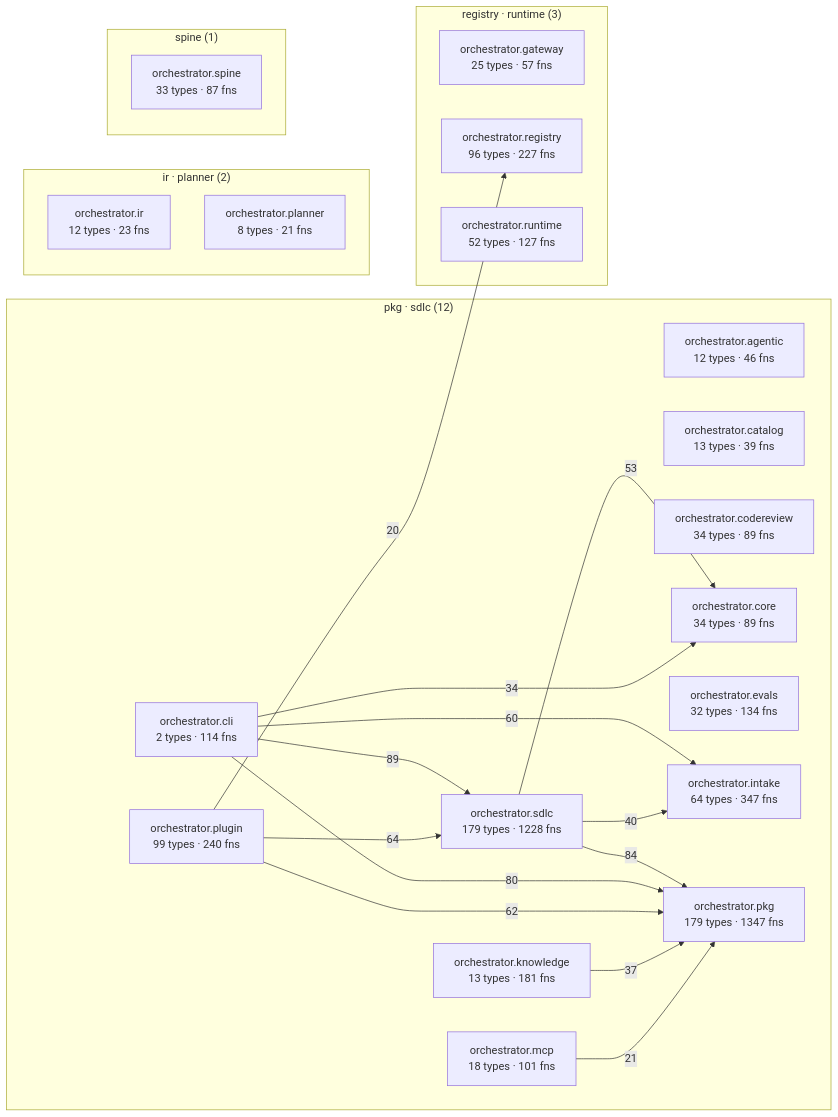
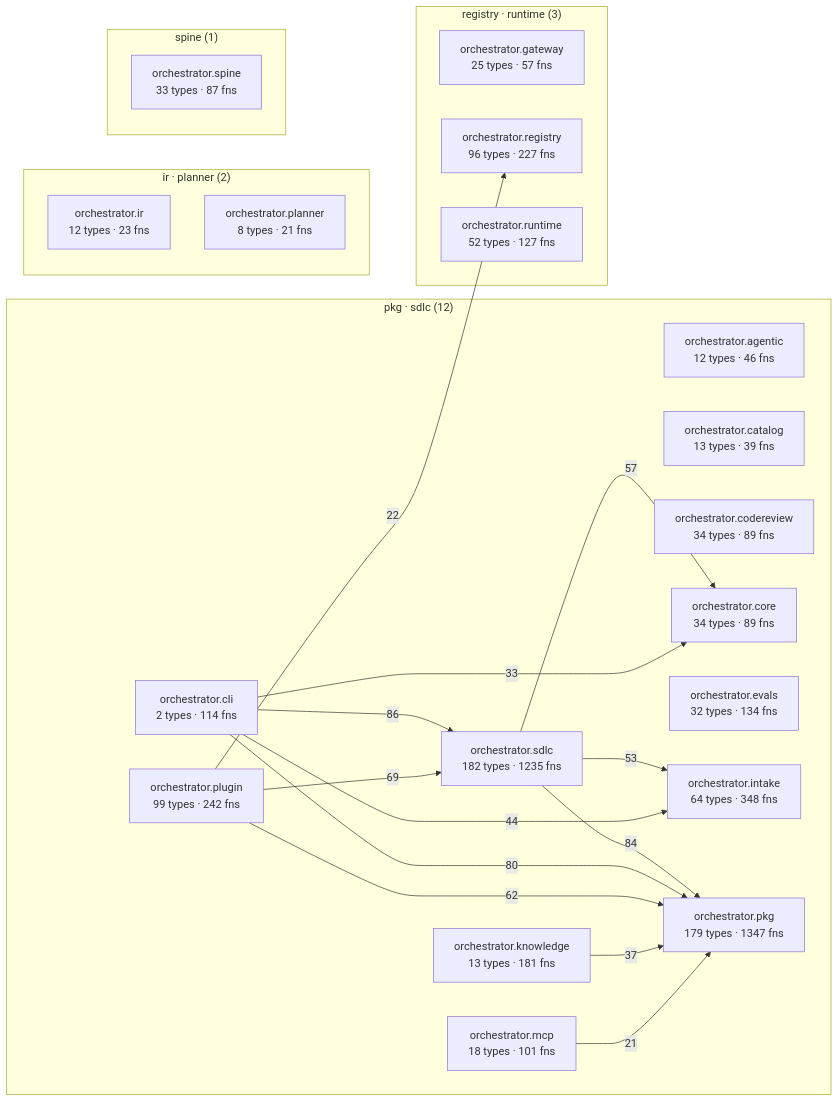
One commit to synaptixs/spine changed the diagram in episteme/architecture.md. Above: the diagram before and after it, drawn with Mermaid. The commit also changed other lines of this file and 24 other files, not shown here.

````diff
--- a/episteme/architecture.md
+++ b/episteme/architecture.md
@@ -56,41 +56,41 @@
 ```mermaid
 flowchart LR
   subgraph c_2["pkg · sdlc (12)"]
     aorchestratoragentic["orchestrator.agentic<br/>12 types · 46 fns"]
     aorchestratorcatalog["orchestrator.catalog<br/>13 types · 39 fns"]
     aorchestratorcli["orchestrator.cli<br/>2 types · 114 fns"]
     aorchestratorcodereview["orchestrator.codereview<br/>34 types · 89 fns"]
     aorchestratorcore["orchestrator.core<br/>34 types · 89 fns"]
     aorchestratorevals["orchestrator.evals<br/>32 types · 134 fns"]
-    aorchestratorintake["orchestrator.intake<br/>64 types · 347 fns"]
+    aorchestratorintake["orchestrator.intake<br/>64 types · 348 fns"]
     aorchestratorknowledge["orchestrator.knowledge<br/>13 types · 181 fns"]
     aorchestratormcp["orchestrator.mcp<br/>18 types · 101 fns"]
     aorchestratorpkg["orchestrator.pkg<br/>179 types · 1347 fns"]
-    aorchestratorplugin["orchestrator.plugin<br/>99 types · 240 fns"]
-    aorchestratorsdlc["orchestrator.sdlc<br/>179 types · 1228 fns"]
+    aorchestratorplugin["orchestrator.plugin<br/>99 types · 242 fns"]
+    aorchestratorsdlc["orchestrator.sdlc<br/>182 types · 1235 fns"]
   end
   subgraph c_5["registry · runtime (3)"]
     aorchestratorgateway["orchestrator.gateway<br/>25 types · 57 fns"]
     aorchestratorregistry["orchestrator.registry<br/>96 types · 227 fns"]
     aorchestratorruntime["orchestrator.runtime<br/>52 types · 127 fns"]
   end
   subgraph c_7["ir · planner (2)"]
     aorchestratorir["orchestrator.ir<br/>12 types · 23 fns"]
     aorchestratorplanner["orchestrator.planner<br/>8 types · 21 fns"]
   end
   subgraph c_12["spine (1)"]
     aorchestratorspine["orchestrator.spine<br/>33 types · 87 fns"]
   end
-  aorchestratorcli -->|89| aorchestratorsdlc
+  aorchestratorcli -->|86| aorchestratorsdlc
   aorchestratorsdlc -->|84| aorchestratorpkg
   aorchestratorcli -->|80| aorchestratorpkg
-  aorchestratorplugin -->|64| aorchestratorsdlc
+  aorchestratorplugin -->|69| aorchestratorsdlc
   aorchestratorplugin -->|62| aorchestratorpkg
-  aorchestratorcli -->|60| aorchestratorintake
-  aorchestratorsdlc -->|53| aorchestratorcore
-  aorchestratorsdlc -->|40| aorchestratorintake
+  aorchestratorsdlc -->|57| aorchestratorcore
+  aorchestratorsdlc -->|53| aorchestratorintake
+  aorchestratorcli -->|44| aorchestratorintake
   aorchestratorknowledge -->|37| aorchestratorpkg
-  aorchestratorcli -->|34| aorchestratorcore
+  aorchestratorcli -->|33| aorchestratorcore
+  aorchestratorplugin -->|22| aorchestratorregistry
   aorchestratormcp -->|21| aorchestratorpkg
-  aorchestratorplugin -->|20| aorchestratorregistry
 ```
````
